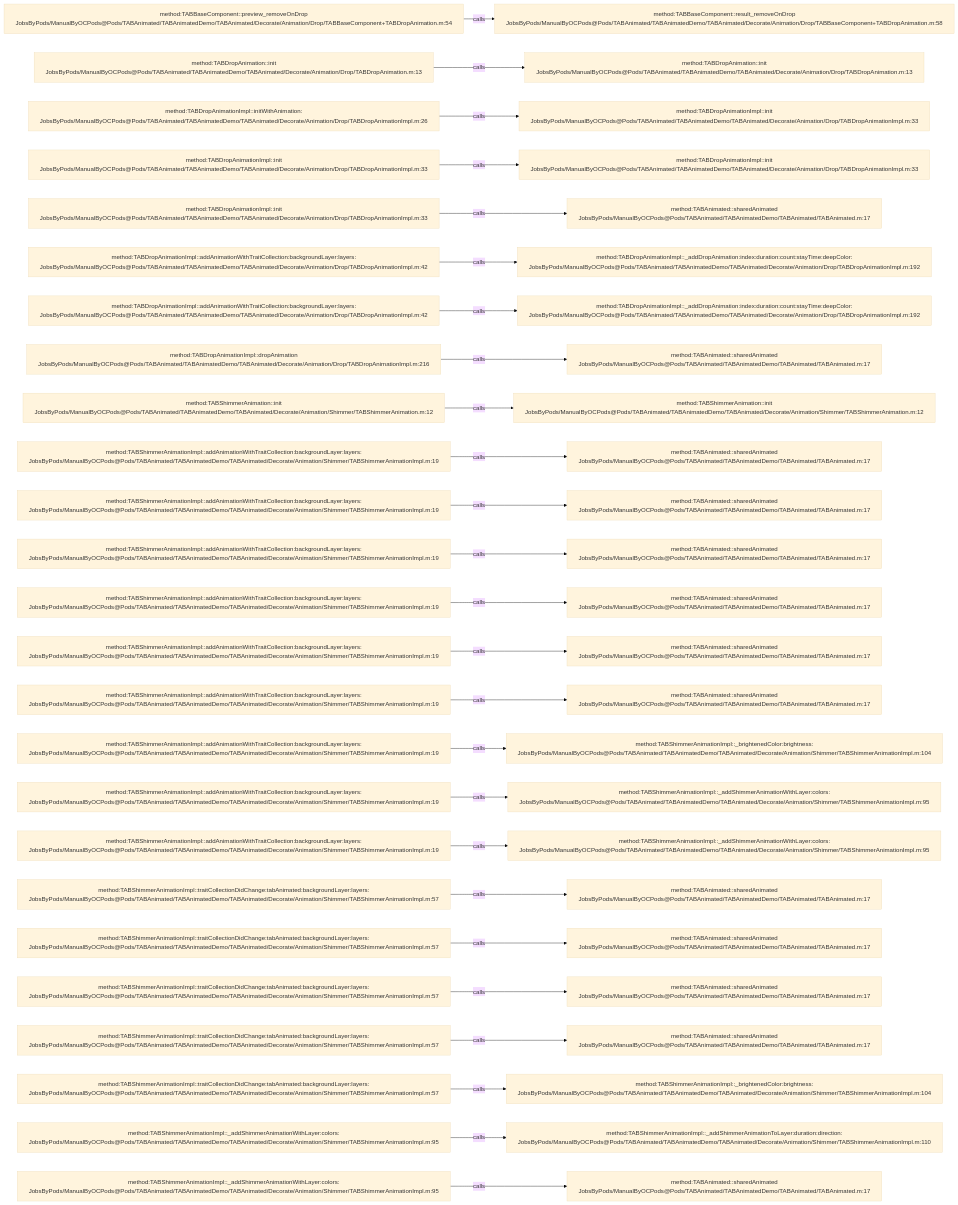
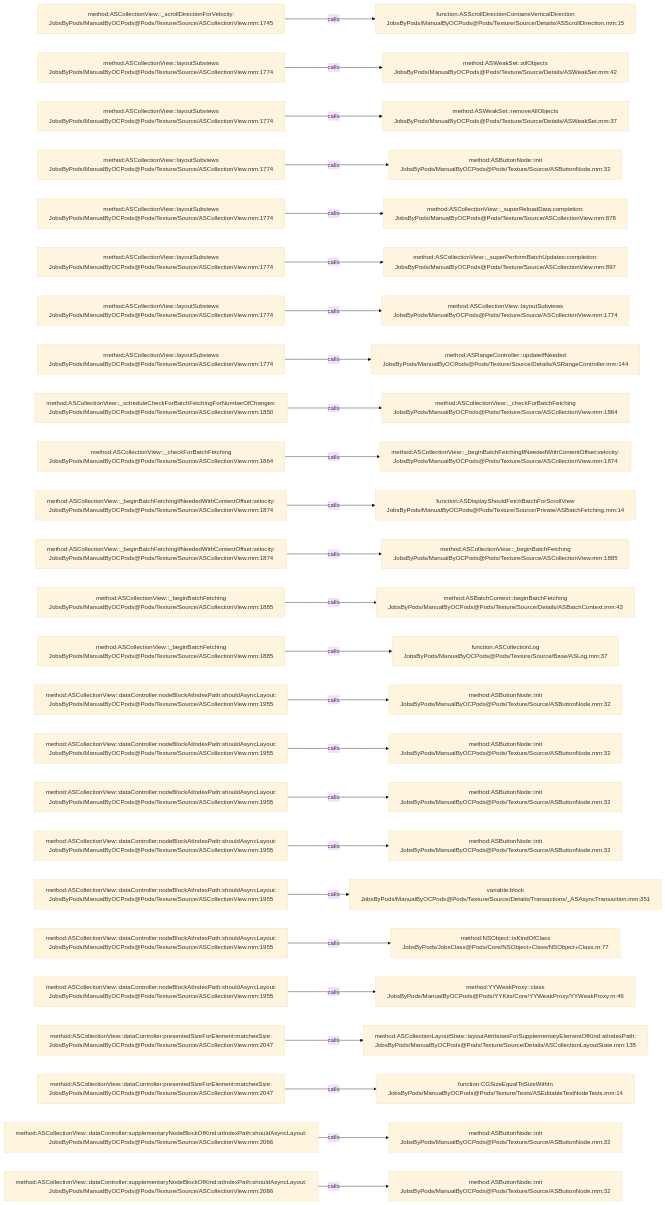
One commit to JobsKits/JobsOCBaseConfigDemo changed the diagram in .codegraph/codegraph.md/graphs/calls-192.md. Above: the diagram before and after it, drawn with Mermaid (base theme). The commit also changed 573 other files, not shown here.

````diff
--- a/.codegraph/codegraph.md/graphs/calls-192.md
+++ b/.codegraph/codegraph.md/graphs/calls-192.md
@@ -13,78 +13,78 @@
 ```mermaid
 flowchart LR
-  S1["method:TABBaseComponent::preview_removeOnDrop<br/>JobsByPods/ManualByOCPods@Pods/TABAnimated/TABAnimatedDemo/TABAnimated/Decorate/Animation/Drop/TABBaseComponent+TABDropAnimation.m:54"]
-  T1["method:TABBaseComponent::result_removeOnDrop<br/>JobsByPods/ManualByOCPods@Pods/TABAnimated/TABAnimatedDemo/TABAnimated/Decorate/Animation/Drop/TABBaseComponent+TABDropAnimation.m:58"]
+  S1["method:ASCollectionView::_scrollDirectionForVelocity:<br/>JobsByPods/ManualByOCPods@Pods/Texture/Source/ASCollectionView.mm:1745"]
+  T1["function:ASScrollDirectionContainsVerticalDirection<br/>JobsByPods/ManualByOCPods@Pods/Texture/Source/Details/ASScrollDirection.mm:15"]
   S1 -->|calls| T1
-  S2["method:TABDropAnimation::init<br/>JobsByPods/ManualByOCPods@Pods/TABAnimated/TABAnimatedDemo/TABAnimated/Decorate/Animation/Drop/TABDropAnimation.m:13"]
-  T2["method:TABDropAnimation::init<br/>JobsByPods/ManualByOCPods@Pods/TABAnimated/TABAnimatedDemo/TABAnimated/Decorate/Animation/Drop/TABDropAnimation.m:13"]
+  S2["method:ASCollectionView::layoutSubviews<br/>JobsByPods/ManualByOCPods@Pods/Texture/Source/ASCollectionView.mm:1774"]
+  T2["method:ASWeakSet::allObjects<br/>JobsByPods/ManualByOCPods@Pods/Texture/Source/Details/ASWeakSet.mm:42"]
   S2 -->|calls| T2
-  S3["method:TABDropAnimationImpl::initWithAnimation:<br/>JobsByPods/ManualByOCPods@Pods/TABAnimated/TABAnimatedDemo/TABAnimated/Decorate/Animation/Drop/TABDropAnimationImpl.m:26"]
-  T3["method:TABDropAnimationImpl::init<br/>JobsByPods/ManualByOCPods@Pods/TABAnimated/TABAnimatedDemo/TABAnimated/Decorate/Animation/Drop/TABDropAnimationImpl.m:33"]
+  S3["method:ASCollectionView::layoutSubviews<br/>JobsByPods/ManualByOCPods@Pods/Texture/Source/ASCollectionView.mm:1774"]
+  T3["method:ASWeakSet::removeAllObjects<br/>JobsByPods/ManualByOCPods@Pods/Texture/Source/Details/ASWeakSet.mm:37"]
   S3 -->|calls| T3
-  S4["method:TABDropAnimationImpl::init<br/>JobsByPods/ManualByOCPods@Pods/TABAnimated/TABAnimatedDemo/TABAnimated/Decorate/Animation/Drop/TABDropAnimationImpl.m:33"]
-  T4["method:TABDropAnimationImpl::init<br/>JobsByPods/ManualByOCPods@Pods/TABAnimated/TABAnimatedDemo/TABAnimated/Decorate/Animation/Drop/TABDropAnimationImpl.m:33"]
+  S4["method:ASCollectionView::layoutSubviews<br/>JobsByPods/ManualByOCPods@Pods/Texture/Source/ASCollectionView.mm:1774"]
+  T4["method:ASButtonNode::init<br/>JobsByPods/ManualByOCPods@Pods/Texture/Source/ASButtonNode.mm:32"]
   S4 -->|calls| T4
-  S5["method:TABDropAnimationImpl::init<br/>JobsByPods/ManualByOCPods@Pods/TABAnimated/TABAnimatedDemo/TABAnimated/Decorate/Animation/Drop/TABDropAnimationImpl.m:33"]
-  T5["method:TABAnimated::sharedAnimated<br/>JobsByPods/ManualByOCPods@Pods/TABAnimated/TABAnimatedDemo/TABAnimated/TABAnimated.m:17"]
+  S5["method:ASCollectionView::layoutSubviews<br/>JobsByPods/ManualByOCPods@Pods/Texture/Source/ASCollectionView.mm:1774"]
+  T5["method:ASCollectionView::_superReloadData:completion:<br/>JobsByPods/ManualByOCPods@Pods/Texture/Source/ASCollectionView.mm:878"]
   S5 -->|calls| T5
-  S6["method:TABDropAnimationImpl::addAnimationWithTraitCollection:backgroundLayer:layers:<br/>JobsByPods/ManualByOCPods@Pods/TABAnimated/TABAnimatedDemo/TABAnimated/Decorate/Animation/Drop/TABDropAnimationImpl.m:42"]
-  T6["method:TABDropAnimationImpl::_addDropAnimation:index:duration:count:stayTime:deepColor:<br/>JobsByPods/ManualByOCPods@Pods/TABAnimated/TABAnimatedDemo/TABAnimated/Decorate/Animation/Drop/TABDropAnimationImpl.m:192"]
+  S6["method:ASCollectionView::layoutSubviews<br/>JobsByPods/ManualByOCPods@Pods/Texture/Source/ASCollectionView.mm:1774"]
+  T6["method:ASCollectionView::_superPerformBatchUpdates:completion:<br/>JobsByPods/ManualByOCPods@Pods/Texture/Source/ASCollectionView.mm:897"]
   S6 -->|calls| T6
-  S7["method:TABDropAnimationImpl::addAnimationWithTraitCollection:backgroundLayer:layers:<br/>JobsByPods/ManualByOCPods@Pods/TABAnimated/TABAnimatedDemo/TABAnimated/Decorate/Animation/Drop/TABDropAnimationImpl.m:42"]
-  T7["method:TABDropAnimationImpl::_addDropAnimation:index:duration:count:stayTime:deepColor:<br/>JobsByPods/ManualByOCPods@Pods/TABAnimated/TABAnimatedDemo/TABAnimated/Decorate/Animation/Drop/TABDropAnimationImpl.m:192"]
+  S7["method:ASCollectionView::layoutSubviews<br/>JobsByPods/ManualByOCPods@Pods/Texture/Source/ASCollectionView.mm:1774"]
+  T7["method:ASCollectionView::layoutSubviews<br/>JobsByPods/ManualByOCPods@Pods/Texture/Source/ASCollectionView.mm:1774"]
   S7 -->|calls| T7
-  S8["method:TABDropAnimationImpl::dropAnimation<br/>JobsByPods/ManualByOCPods@Pods/TABAnimated/TABAnimatedDemo/TABAnimated/Decorate/Animation/Drop/TABDropAnimationImpl.m:216"]
-  T8["method:TABAnimated::sharedAnimated<br/>JobsByPods/ManualByOCPods@Pods/TABAnimated/TABAnimatedDemo/TABAnimated/TABAnimated.m:17"]
+  S8["method:ASCollectionView::layoutSubviews<br/>JobsByPods/ManualByOCPods@Pods/Texture/Source/ASCollectionView.mm:1774"]
+  T8["method:ASRangeController::updateIfNeeded<br/>JobsByPods/ManualByOCPods@Pods/Texture/Source/Details/ASRangeController.mm:144"]
   S8 -->|calls| T8
-  S9["method:TABShimmerAnimation::init<br/>JobsByPods/ManualByOCPods@Pods/TABAnimated/TABAnimatedDemo/TABAnimated/Decorate/Animation/Shimmer/TABShimmerAnimation.m:12"]
-  T9["method:TABShimmerAnimation::init<br/>JobsByPods/ManualByOCPods@Pods/TABAnimated/TABAnimatedDemo/TABAnimated/Decorate/Animation/Shimmer/TABShimmerAnimation.m:12"]
+  S9["method:ASCollectionView::_scheduleCheckForBatchFetchingForNumberOfChanges:<br/>JobsByPods/ManualByOCPods@Pods/Texture/Source/ASCollectionView.mm:1850"]
+  T9["method:ASCollectionView::_checkForBatchFetching<br/>JobsByPods/ManualByOCPods@Pods/Texture/Source/ASCollectionView.mm:1864"]
   S9 -->|calls| T9
-  S10["method:TABShimmerAnimationImpl::addAnimationWithTraitCollection:backgroundLayer:layers:<br/>JobsByPods/ManualByOCPods@Pods/TABAnimated/TABAnimatedDemo/TABAnimated/Decorate/Animation/Shimmer/TABShimmerAnimationImpl.m:19"]
-  T10["method:TABAnimated::sharedAnimated<br/>JobsByPods/ManualByOCPods@Pods/TABAnimated/TABAnimatedDemo/TABAnimated/TABAnimated.m:17"]
+  S10["method:ASCollectionView::_checkForBatchFetching<br/>JobsByPods/ManualByOCPods@Pods/Texture/Source/ASCollectionView.mm:1864"]
+  T10["method:ASCollectionView::_beginBatchFetchingIfNeededWithContentOffset:velocity:<br/>JobsByPods/ManualByOCPods@Pods/Texture/Source/ASCollectionView.mm:1874"]
   S10 -->|calls| T10
-  S11["method:TABShimmerAnimationImpl::addAnimationWithTraitCollection:backgroundLayer:layers:<br/>JobsByPods/ManualByOCPods@Pods/TABAnimated/TABAnimatedDemo/TABAnimated/Decorate/Animation/Shimmer/TABShimmerAnimationImpl.m:19"]
-  T11["method:TABAnimated::sharedAnimated<br/>JobsByPods/ManualByOCPods@Pods/TABAnimated/TABAnimatedDemo/TABAnimated/TABAnimated.m:17"]
+  S11["method:ASCollectionView::_beginBatchFetchingIfNeededWithContentOffset:velocity:<br/>JobsByPods/ManualByOCPods@Pods/Texture/Source/ASCollectionView.mm:1874"]
+  T11["function:ASDisplayShouldFetchBatchForScrollView<br/>JobsByPods/ManualByOCPods@Pods/Texture/Source/Private/ASBatchFetching.mm:14"]
   S11 -->|calls| T11
-  S12["method:TABShimmerAnimationImpl::addAnimationWithTraitCollection:backgroundLayer:layers:<br/>JobsByPods/ManualByOCPods@Pods/TABAnimated/TABAnimatedDemo/TABAnimated/Decorate/Animation/Shimmer/TABShimmerAnimationImpl.m:19"]
-  T12["method:TABAnimated::sharedAnimated<br/>JobsByPods/ManualByOCPods@Pods/TABAnimated/TABAnimatedDemo/TABAnimated/TABAnimated.m:17"]
+  S12["method:ASCollectionView::_beginBatchFetchingIfNeededWithContentOffset:velocity:<br/>JobsByPods/ManualByOCPods@Pods/Texture/Source/ASCollectionView.mm:1874"]
+  T12["method:ASCollectionView::_beginBatchFetching<br/>JobsByPods/ManualByOCPods@Pods/Texture/Source/ASCollectionView.mm:1885"]
   S12 -->|calls| T12
-  S13["method:TABShimmerAnimationImpl::addAnimationWithTraitCollection:backgroundLayer:layers:<br/>JobsByPods/ManualByOCPods@Pods/TABAnimated/TABAnimatedDemo/TABAnimated/Decorate/Animation/Shimmer/TABShimmerAnimationImpl.m:19"]
-  T13["method:TABAnimated::sharedAnimated<br/>JobsByPods/ManualByOCPods@Pods/TABAnimated/TABAnimatedDemo/TABAnimated/TABAnimated.m:17"]
+  S13["method:ASCollectionView::_beginBatchFetching<br/>JobsByPods/ManualByOCPods@Pods/Texture/Source/ASCollectionView.mm:1885"]
+  T13["method:ASBatchContext::beginBatchFetching<br/>JobsByPods/ManualByOCPods@Pods/Texture/Source/Details/ASBatchContext.mm:43"]
   S13 -->|calls| T13
-  S14["method:TABShimmerAnimationImpl::addAnimationWithTraitCollection:backgroundLayer:layers:<br/>JobsByPods/ManualByOCPods@Pods/TABAnimated/TABAnimatedDemo/TABAnimated/Decorate/Animation/Shimmer/TABShimmerAnimationImpl.m:19"]
-  T14["method:TABAnimated::sharedAnimated<br/>JobsByPods/ManualByOCPods@Pods/TABAnimated/TABAnimatedDemo/TABAnimated/TABAnimated.m:17"]
+  S14["method:ASCollectionView::_beginBatchFetching<br/>JobsByPods/ManualByOCPods@Pods/Texture/Source/ASCollectionView.mm:1885"]
+  T14["function:ASCollectionLog<br/>JobsByPods/ManualByOCPods@Pods/Texture/Source/Base/ASLog.mm:37"]
   S14 -->|calls| T14
-  S15["method:TABShimmerAnimationImpl::addAnimationWithTraitCollection:backgroundLayer:layers:<br/>JobsByPods/ManualByOCPods@Pods/TABAnimated/TABAnimatedDemo/TABAnimated/Decorate/Animation/Shimmer/TABShimmerAnimationImpl.m:19"]
-  T15["method:TABAnimated::sharedAnimated<br/>JobsByPods/ManualByOCPods@Pods/TABAnimated/TABAnimatedDemo/TABAnimated/TABAnimated.m:17"]
+  S15["method:ASCollectionView::dataController:nodeBlockAtIndexPath:shouldAsyncLayout:<br/>JobsByPods/ManualByOCPods@Pods/Texture/Source/ASCollectionView.mm:1955"]
+  T15["method:ASButtonNode::init<br/>JobsByPods/ManualByOCPods@Pods/Texture/Source/ASButtonNode.mm:32"]
   S15 -->|calls| T15
-  S16["method:TABShimmerAnimationImpl::addAnimationWithTraitCollection:backgroundLayer:layers:<br/>JobsByPods/ManualByOCPods@Pods/TABAnimated/TABAnimatedDemo/TABAnimated/Decorate/Animation/Shimmer/TABShimmerAnimationImpl.m:19"]
-  T16["method:TABShimmerAnimationImpl::_brightenedColor:brightness:<br/>JobsByPods/ManualByOCPods@Pods/TABAnimated/TABAnimatedDemo/TABAnimated/Decorate/Animation/Shimmer/TABShimmerAnimationImpl.m:104"]
+  S16["method:ASCollectionView::dataController:nodeBlockAtIndexPath:shouldAsyncLayout:<br/>JobsByPods/ManualByOCPods@Pods/Texture/Source/ASCollectionView.mm:1955"]
+  T16["method:ASButtonNode::init<br/>JobsByPods/ManualByOCPods@Pods/Texture/Source/ASButtonNode.mm:32"]
   S16 -->|calls| T16
-  S17["method:TABShimmerAnimationImpl::addAnimationWithTraitCollection:backgroundLayer:layers:<br/>JobsByPods/ManualByOCPods@Pods/TABAnimated/TABAnimatedDemo/TABAnimated/Decorate/Animation/Shimmer/TABShimmerAnimationImpl.m:19"]
-  T17["method:TABShimmerAnimationImpl::_addShimmerAnimationWithLayer:colors:<br/>JobsByPods/ManualByOCPods@Pods/TABAnimated/TABAnimatedDemo/TABAnimated/Decorate/Animation/Shimmer/TABShimmerAnimationImpl.m:95"]
+  S17["method:ASCollectionView::dataController:nodeBlockAtIndexPath:shouldAsyncLayout:<br/>JobsByPods/ManualByOCPods@Pods/Texture/Source/ASCollectionView.mm:1955"]
+  T17["method:ASButtonNode::init<br/>JobsByPods/ManualByOCPods@Pods/Texture/Source/ASButtonNode.mm:32"]
   S17 -->|calls| T17
-  S18["method:TABShimmerAnimationImpl::addAnimationWithTraitCollection:backgroundLayer:layers:<br/>JobsByPods/ManualByOCPods@Pods/TABAnimated/TABAnimatedDemo/TABAnimated/Decorate/Animation/Shimmer/TABShimmerAnimationImpl.m:19"]
-  T18["method:TABShimmerAnimationImpl::_addShimmerAnimationWithLayer:colors:<br/>JobsByPods/ManualByOCPods@Pods/TABAnimated/TABAnimatedDemo/TABAnimated/Decorate/Animation/Shimmer/TABShimmerAnimationImpl.m:95"]
+  S18["method:ASCollectionView::dataController:nodeBlockAtIndexPath:shouldAsyncLayout:<br/>JobsByPods/ManualByOCPods@Pods/Texture/Source/ASCollectionView.mm:1955"]
+  T18["method:ASButtonNode::init<br/>JobsByPods/ManualByOCPods@Pods/Texture/Source/ASButtonNode.mm:32"]
   S18 -->|calls| T18
-  S19["method:TABShimmerAnimationImpl::traitCollectionDidChange:tabAnimated:backgroundLayer:layers:<br/>JobsByPods/ManualByOCPods@Pods/TABAnimated/TABAnimatedDemo/TABAnimated/Decorate/Animation/Shimmer/TABShimmerAnimationImpl.m:57"]
-  T19["method:TABAnimated::sharedAnimated<br/>JobsByPods/ManualByOCPods@Pods/TABAnimated/TABAnimatedDemo/TABAnimated/TABAnimated.m:17"]
+  S19["method:ASCollectionView::dataController:nodeBlockAtIndexPath:shouldAsyncLayout:<br/>JobsByPods/ManualByOCPods@Pods/Texture/Source/ASCollectionView.mm:1955"]
+  T19["variable:block<br/>JobsByPods/ManualByOCPods@Pods/Texture/Source/Details/Transactions/_ASAsyncTransaction.mm:351"]
   S19 -->|calls| T19
-  S20["method:TABShimmerAnimationImpl::traitCollectionDidChange:tabAnimated:backgroundLayer:layers:<br/>JobsByPods/ManualByOCPods@Pods/TABAnimated/TABAnimatedDemo/TABAnimated/Decorate/Animation/Shimmer/TABShimmerAnimationImpl.m:57"]
-  T20["method:TABAnimated::sharedAnimated<br/>JobsByPods/ManualByOCPods@Pods/TABAnimated/TABAnimatedDemo/TABAnimated/TABAnimated.m:17"]
+  S20["method:ASCollectionView::dataController:nodeBlockAtIndexPath:shouldAsyncLayout:<br/>JobsByPods/ManualByOCPods@Pods/Texture/Source/ASCollectionView.mm:1955"]
+  T20["method:NSObject::isKindOfClass<br/>JobsByPods/JobsClass@Pods/Core/NSObject+Class/NSObject+Class.m:77"]
   S20 -->|calls| T20
-  S21["method:TABShimmerAnimationImpl::traitCollectionDidChange:tabAnimated:backgroundLayer:layers:<br/>JobsByPods/ManualByOCPods@Pods/TABAnimated/TABAnimatedDemo/TABAnimated/Decorate/Animation/Shimmer/TABShimmerAnimationImpl.m:57"]
-  T21["method:TABAnimated::sharedAnimated<br/>JobsByPods/ManualByOCPods@Pods/TABAnimated/TABAnimatedDemo/TABAnimated/TABAnimated.m:17"]
+  S21["method:ASCollectionView::dataController:nodeBlockAtIndexPath:shouldAsyncLayout:<br/>JobsByPods/ManualByOCPods@Pods/Texture/Source/ASCollectionView.mm:1955"]
+  T21["method:YYWeakProxy::class<br/>JobsByPods/ManualByOCPods@Pods/YYKits/Core/YYWeakProxy/YYWeakProxy.m:49"]
   S21 -->|calls| T21
-  S22["method:TABShimmerAnimationImpl::traitCollectionDidChange:tabAnimated:backgroundLayer:layers:<br/>JobsByPods/ManualByOCPods@Pods/TABAnimated/TABAnimatedDemo/TABAnimated/Decorate/Animation/Shimmer/TABShimmerAnimationImpl.m:57"]
-  T22["method:TABAnimated::sharedAnimated<br/>JobsByPods/ManualByOCPods@Pods/TABAnimated/TABAnimatedDemo/TABAnimated/TABAnimated.m:17"]
+  S22["method:ASCollectionView::dataController:presentedSizeForElement:matchesSize:<br/>JobsByPods/ManualByOCPods@Pods/Texture/Source/ASCollectionView.mm:2047"]
+  T22["method:ASCollectionLayoutState::layoutAttributesForSupplementaryElementOfKind:atIndexPath:<br/>JobsByPods/ManualByOCPods@Pods/Texture/Source/Details/ASCollectionLayoutState.mm:135"]
   S22 -->|calls| T22
-  S23["method:TABShimmerAnimationImpl::traitCollectionDidChange:tabAnimated:backgroundLayer:layers:<br/>JobsByPods/ManualByOCPods@Pods/TABAnimated/TABAnimatedDemo/TABAnimated/Decorate/Animation/Shimmer/TABShimmerAnimationImpl.m:57"]
-  T23["method:TABShimmerAnimationImpl::_brightenedColor:brightness:<br/>JobsByPods/ManualByOCPods@Pods/TABAnimated/TABAnimatedDemo/TABAnimated/Decorate/Animation/Shimmer/TABShimmerAnimationImpl.m:104"]
+  S23["method:ASCollectionView::dataController:presentedSizeForElement:matchesSize:<br/>JobsByPods/ManualByOCPods@Pods/Texture/Source/ASCollectionView.mm:2047"]
+  T23["function:CGSizeEqualToSizeWithIn<br/>JobsByPods/ManualByOCPods@Pods/Texture/Tests/ASEditableTextNodeTests.mm:14"]
   S23 -->|calls| T23
-  S24["method:TABShimmerAnimationImpl::_addShimmerAnimationWithLayer:colors:<br/>JobsByPods/ManualByOCPods@Pods/TABAnimated/TABAnimatedDemo/TABAnimated/Decorate/Animation/Shimmer/TABShimmerAnimationImpl.m:95"]
-  T24["method:TABShimmerAnimationImpl::_addShimmerAnimationToLayer:duration:direction:<br/>JobsByPods/ManualByOCPods@Pods/TABAnimated/TABAnimatedDemo/TABAnimated/Decorate/Animation/Shimmer/TABShimmerAnimationImpl.m:110"]
+  S24["method:ASCollectionView::dataController:supplementaryNodeBlockOfKind:atIndexPath:shouldAsyncLayout:<br/>JobsByPods/ManualByOCPods@Pods/Texture/Source/ASCollectionView.mm:2066"]
+  T24["method:ASButtonNode::init<br/>JobsByPods/ManualByOCPods@Pods/Texture/Source/ASButtonNode.mm:32"]
   S24 -->|calls| T24
-  S25["method:TABShimmerAnimationImpl::_addShimmerAnimationWithLayer:colors:<br/>JobsByPods/ManualByOCPods@Pods/TABAnimated/TABAnimatedDemo/TABAnimated/Decorate/Animation/Shimmer/TABShimmerAnimationImpl.m:95"]
-  T25["method:TABAnimated::sharedAnimated<br/>JobsByPods/ManualByOCPods@Pods/TABAnimated/TABAnimatedDemo/TABAnimated/TABAnimated.m:17"]
+  S25["method:ASCollectionView::dataController:supplementaryNodeBlockOfKind:atIndexPath:shouldAsyncLayout:<br/>JobsByPods/ManualByOCPods@Pods/Texture/Source/ASCollectionView.mm:2066"]
+  T25["method:ASButtonNode::init<br/>JobsByPods/ManualByOCPods@Pods/Texture/Source/ASButtonNode.mm:32"]
   S25 -->|calls| T25
 ```
````
